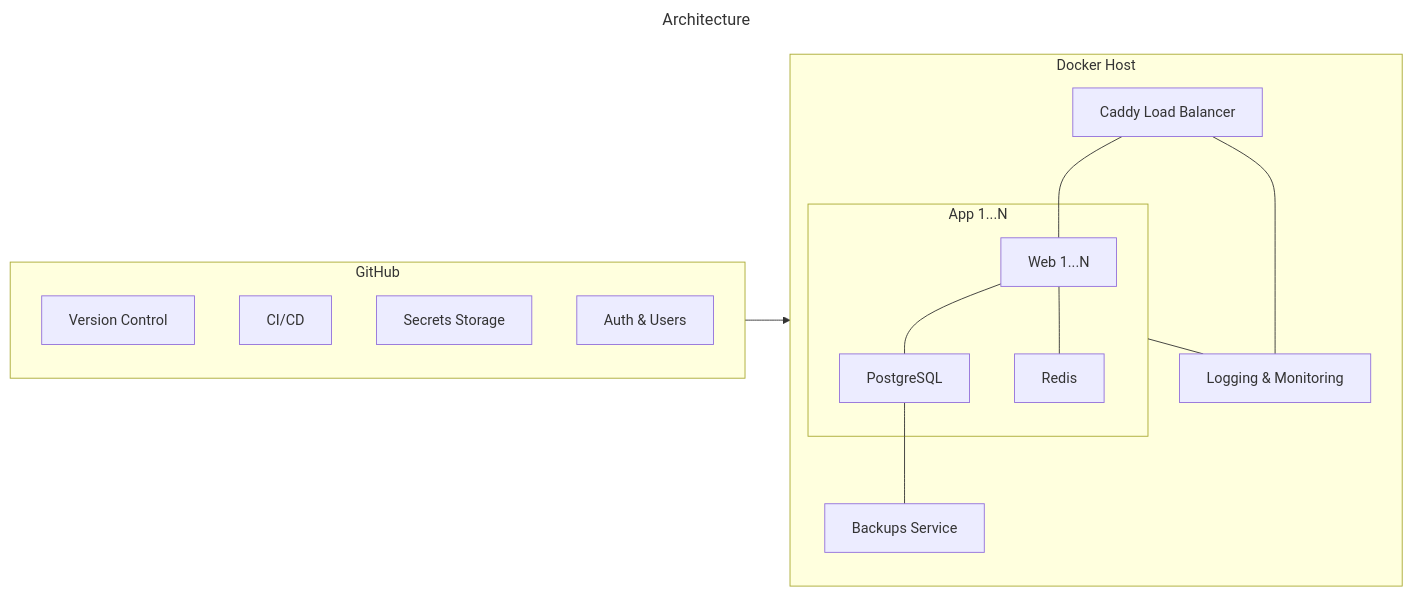
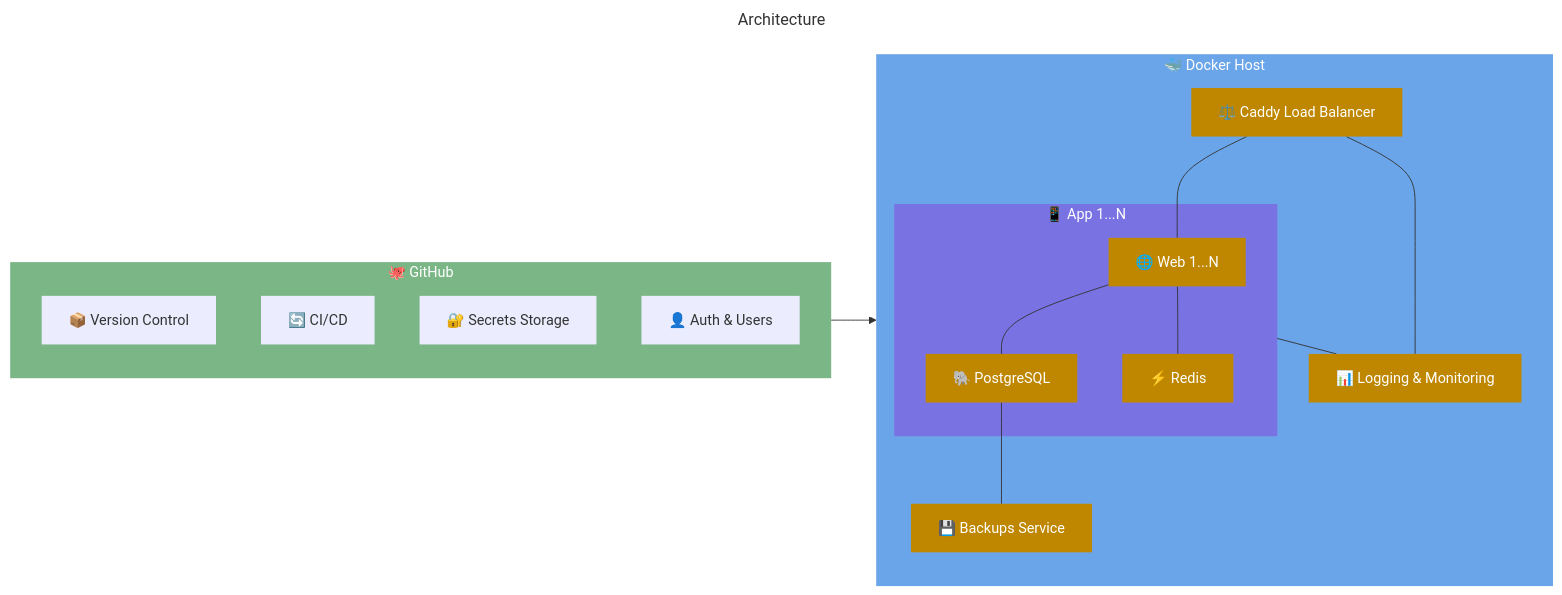
Before and after one commit to codingjoe/freePaaS: the diagram in README.md, drawn with Mermaid. The commit also changed other lines of this file, not shown here.

Commit message:
Add icons and colors

````diff
--- a/README.md
+++ b/README.md
@@ -30,32 +30,44 @@
 ```mermaid
 ---
 title: Architecture
 ---
 flowchart LR
-  subgraph github["GitHub"]
-    git[Version Control]
-    LB[CI/CD]
-    env[Secrets Storage]
-    auth[Auth & Users]
+  subgraph github["🐙 GitHub"]
+    git["📦 Version Control"]
+    LB["🔄 CI/CD"]
+    env["🔐 Secrets Storage"]
+    auth["👤 Auth & Users"]
   end
 
-  subgraph host[Docker Host]
-    subgraph app[App 1...N]
-      web1[Web 1...N]
-      pg[PostgreSQL]
-      redis[Redis]
+  subgraph host["🐳 Docker Host"]
+    subgraph app["📱 App 1...N"]
+      web1["🌐 Web 1...N"]
+      pg["🐘 PostgreSQL"]
+      redis["⚡ Redis"]
 
       web1 --- pg
       web1 --- redis
     end
-    caddy[Caddy Load Balancer]
-    logs[Logging & Monitoring]
-    backups[Backups Service]
+    caddy["⚖️ Caddy Load Balancer"]
+    logs["📊 Logging & Monitoring"]
+    backups["💾 Backups Service"]
     caddy --- web1
     caddy --- logs
     pg --- backups
     app --- logs
   end
 
   github --> host
+
+  classDef githubStyle fill:#23863699,stroke-width:0px,color:#fff
+  classDef githubServiceStyle stroke-width:0px
+  classDef hostStyle fill:#0969da99,stroke-width:0px,color:#fff
+  classDef appStyle fill:#8250df99,stroke-width:0px,color:#fff
+  classDef serviceStyle fill:#bf8700,stroke-width:0px,color:#fff
+
+  class github githubStyle
+  class host hostStyle
+  class app appStyle
+  class web1,pg,redis,caddy,logs,backups serviceStyle
+  class git,LB,env,auth githubServiceStyle
 ```
````
